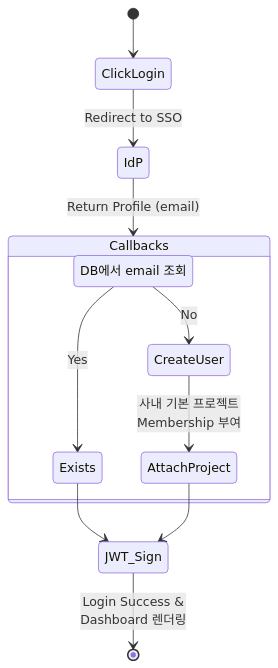
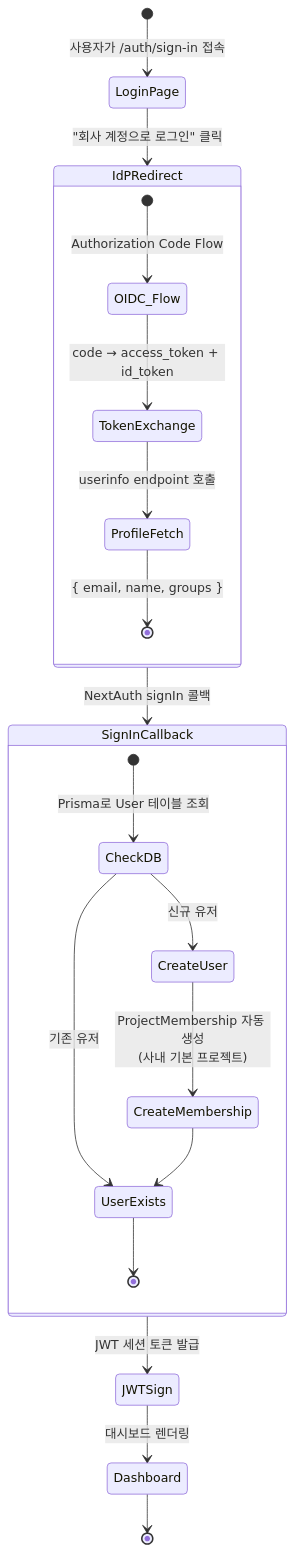
One commit to dhs-shine/langfuse changed the second of 2 diagrams in docs/50-source-analysis/13-customization-source-breakdown.md. Above: the diagram before and after it, drawn with Mermaid. The commit also changed other lines of this file and 8 other files, not shown here.

Commit message:
docs: update and standardize documentation structure across architecture deep dives and source analysis sections

````diff
--- a/docs/50-source-analysis/13-customization-source-breakdown.md
+++ b/docs/50-source-analysis/13-customization-source-breakdown.md
@@ -57,17 +122,29 @@
 ```mermaid
 stateDiagram-v2
-    [*] --> ClickLogin
-    ClickLogin --> IdP : Redirect to SSO
-    IdP --> Callbacks : Return Profile (email)
-    
-    state Callbacks {
-        CheckUser : DB에서 email 조회
-        CheckUser --> Exists : Yes
-        CheckUser --> CreateUser : No
-        CreateUser --> AttachProject : 사내 기본 프로젝트<br/>Membership 부여
+    [*] --> LoginPage : 사용자가 /auth/sign-in 접속
+    LoginPage --> IdPRedirect : "회사 계정으로 로그인" 클릭
+
+    state IdPRedirect {
+        [*] --> OIDC_Flow : Authorization Code Flow
+        OIDC_Flow --> TokenExchange : code → access_token + id_token
+        TokenExchange --> ProfileFetch : userinfo endpoint 호출
+        ProfileFetch --> [*] : { email, name, groups }
     }
-    
-    Exists --> JWT_Sign
-    AttachProject --> JWT_Sign
-    JWT_Sign --> [*] : Login Success &<br/>Dashboard 렌더링
+
+    IdPRedirect --> SignInCallback : NextAuth signIn 콜백
+
+    state SignInCallback {
+        [*] --> CheckDB : Prisma로 User 테이블 조회
+        CheckDB --> UserExists : 기존 유저
+        CheckDB --> CreateUser : 신규 유저
+
+        CreateUser --> CreateMembership : ProjectMembership 자동 생성<br/>(사내 기본 프로젝트)
+        CreateMembership --> UserExists
+
+        UserExists --> [*]
+    }
+
+    SignInCallback --> JWTSign : JWT 세션 토큰 발급
+    JWTSign --> Dashboard : 대시보드 렌더링
+    Dashboard --> [*]
 ```
````
